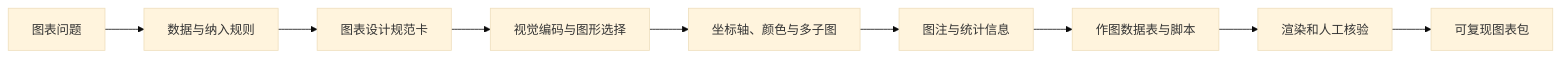
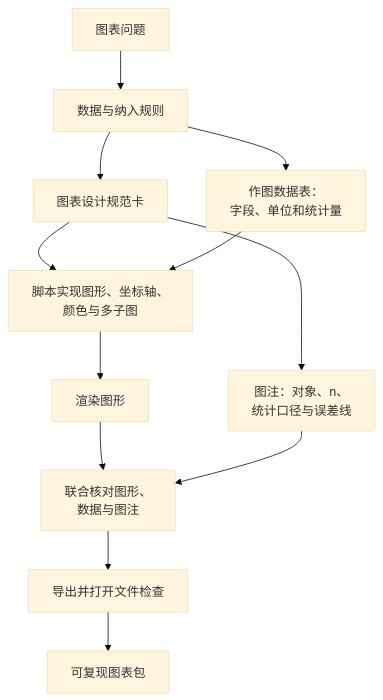
One commit to luvega/AI_MED_DataVis changed the first of 4 diagrams in docs/chapters/chapter-7/index.md. Above: the diagram before and after it, drawn with Mermaid (base theme). The commit also changed other lines of this file and 30 other files, not shown here.

Commit message:
Redraw textbook diagrams and correct data-flow relationships

````diff
--- a/docs/chapters/chapter-7/index.md
+++ b/docs/chapters/chapter-7/index.md
@@ -54,11 +54,14 @@
 ```mermaid
-flowchart LR
+flowchart TB
   A["图表问题"] --> B["数据与纳入规则"]
   B --> C["图表设计规范卡"]
-  C --> D["视觉编码与图形选择"]
-  D --> E["坐标轴、颜色与多子图"]
-  E --> F["图注与统计信息"]
-  F --> G["作图数据表与脚本"]
-  G --> H["渲染和人工核验"]
-  H --> I["可复现图表包"]
+  B --> D["作图数据表：<br/>字段、单位和统计量"]
+  C --> E["脚本实现图形、坐标轴、<br/>颜色与多子图"]
+  D --> E
+  E --> F["渲染图形"]
+  C --> G["图注：对象、n、<br/>统计口径与误差线"]
+  F --> H["联合核对图形、<br/>数据与图注"]
+  G --> H
+  H --> I["导出并打开文件检查"]
+  I --> J["可复现图表包"]
 ```
````
